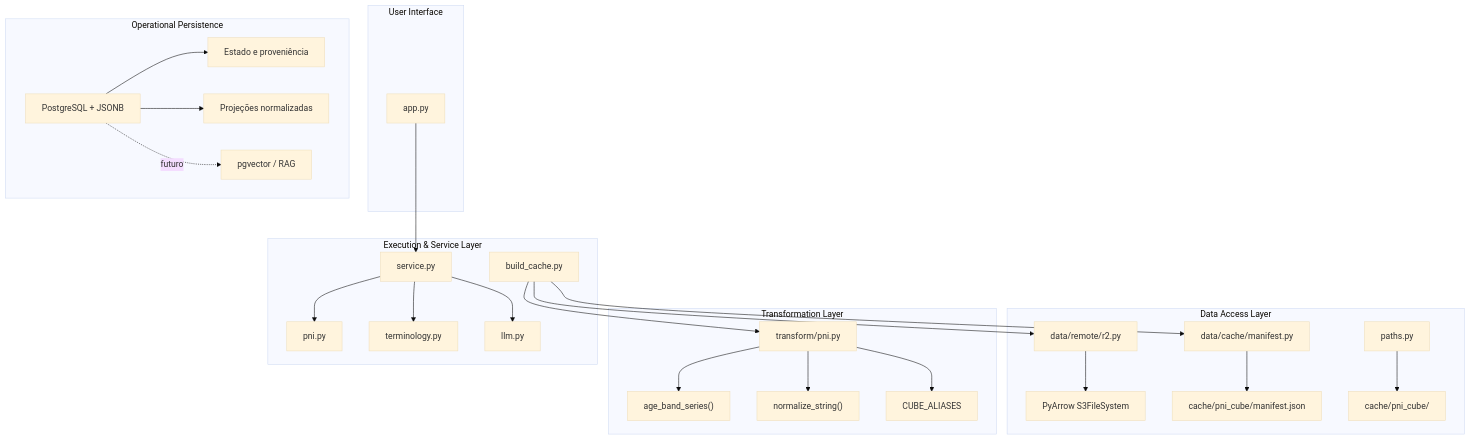
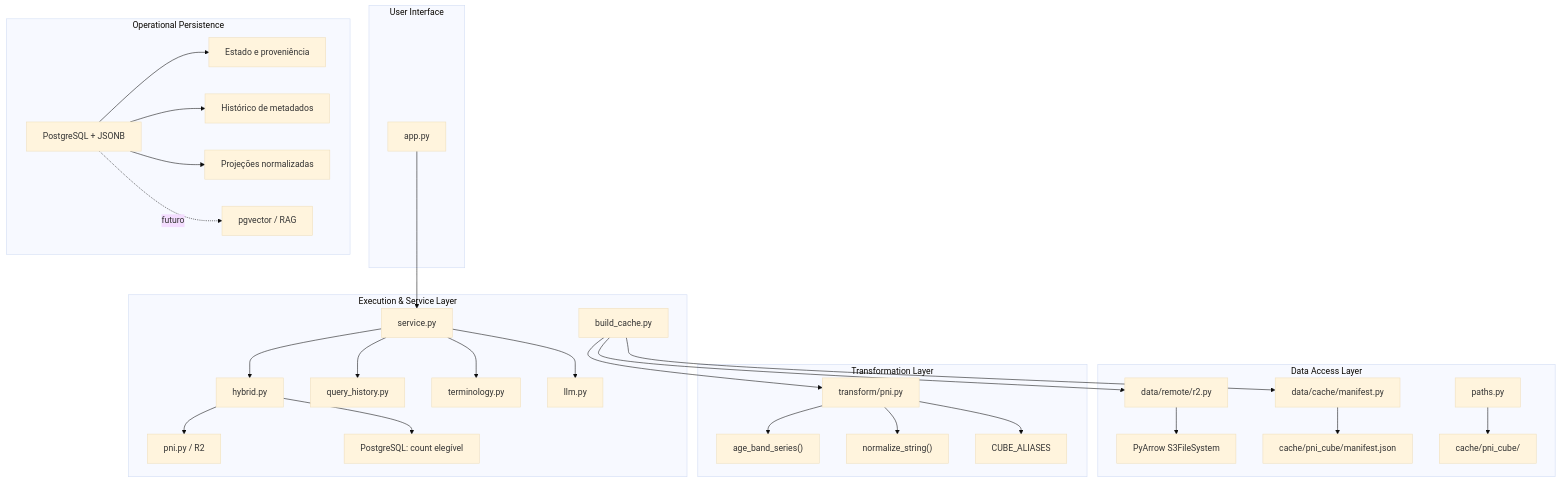
The diagram in docs/architecture.md (GustavoDMentz/Sus-Explorer), drawn with Mermaid (base theme) before and after one commit. The commit also changed other lines of this file and 26 other files, not shown here.

````diff
--- a/docs/architecture.md
+++ b/docs/architecture.md
@@ -45,33 +50,37 @@
 ```mermaid
 graph TD
     subgraph Data Access Layer
         R2["data/remote/r2.py"] --> PyArrowS3["PyArrow S3FileSystem"]
         Manifest["data/cache/manifest.py"] --> ManifestJSON["cache/pni_cube/manifest.json"]
         Paths["paths.py"] --> LocalCache["cache/pni_cube/"]
     end
 
     subgraph Transformation Layer
         Transform["transform/pni.py"] --> AgeBand["age_band_series()"]
         Transform --> Normalize["normalize_string()"]
         Transform --> Aliases["CUBE_ALIASES"]
     end
 
     subgraph Execution & Service Layer
         Builder["build_cache.py"] --> R2
         Builder --> Transform
         Builder --> Manifest
-        Service["service.py"] --> PNIRemote["pni.py"]
+        Service["service.py"] --> Router["hybrid.py"]
+        Router --> PNIRemote["pni.py / R2"]
+        Router --> PostgresCount["PostgreSQL: count elegível"]
+        Service --> QueryHistory["query_history.py"]
         Service --> Terminology["terminology.py"]
         Service --> Gemini["llm.py"]
     end
 
     subgraph User Interface
         Streamlit["app.py"] --> Service
     end
 
     subgraph Operational Persistence
         Postgres["PostgreSQL + JSONB"] --> Ingestion["Estado e proveniência"]
+        Postgres --> History["Histórico de metadados"]
         Postgres --> Normalized["Projeções normalizadas"]
         Postgres -. futuro .-> Pgvector["pgvector / RAG"]
     end
 ```
````
